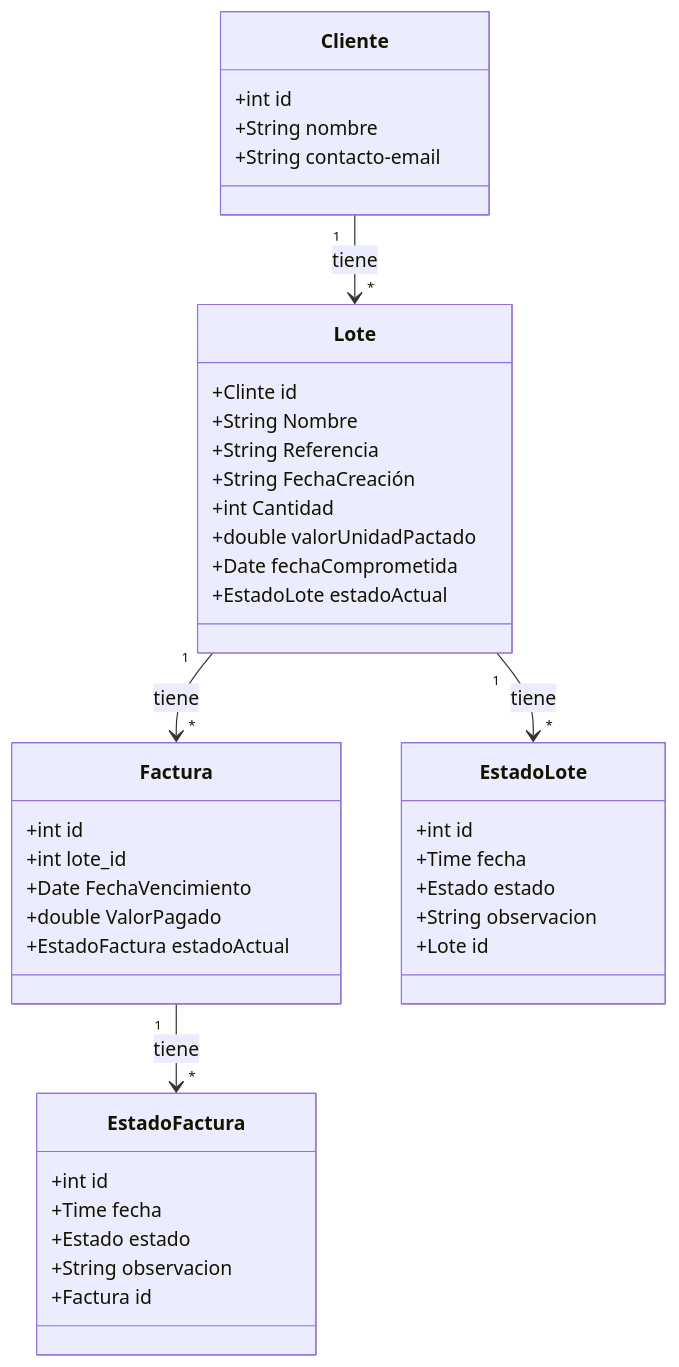
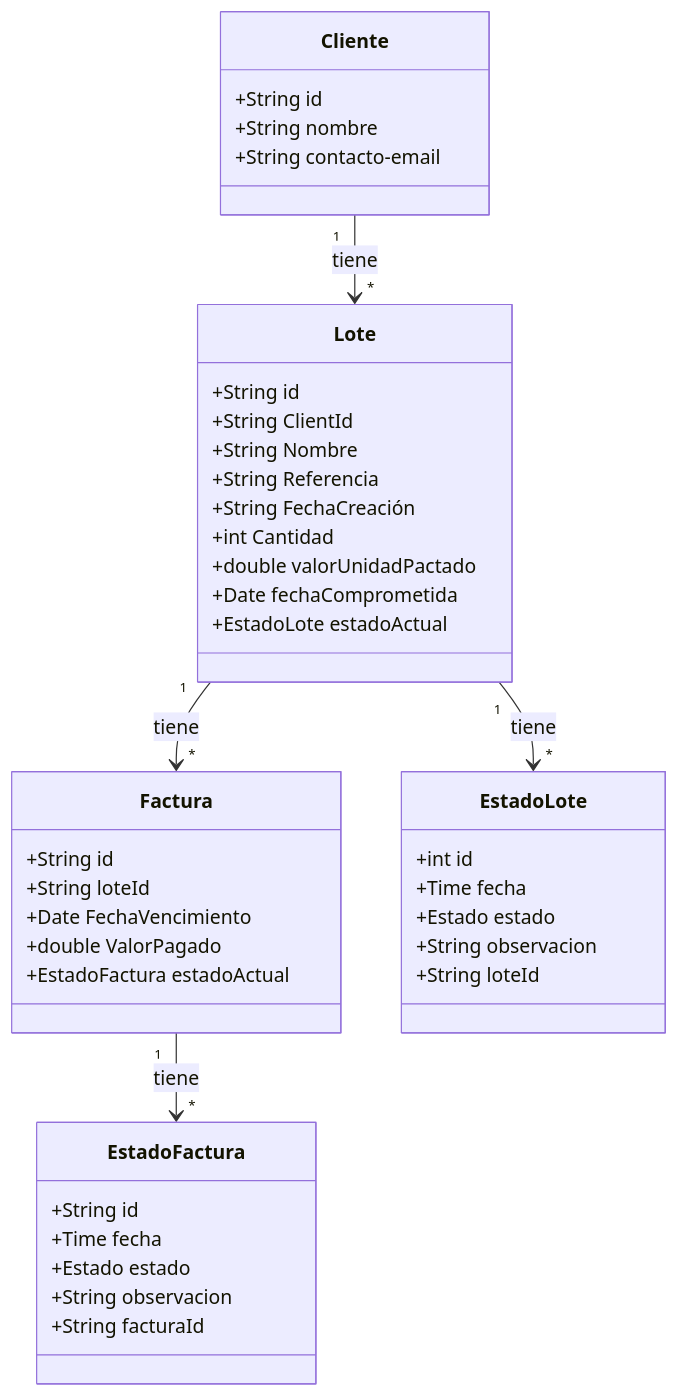
One commit to andevs-io/arnold changed the diagram in README.md. Above: the diagram before and after it, drawn with Mermaid.

Commit message:
init: update database ids

````diff
--- a/README.md
+++ b/README.md
@@ -4,50 +4,51 @@
 ```mermaid
 classDiagram
     class Cliente {
-        +int id
+        +String id
         +String nombre
         +String contacto-email
     }
 
     class Lote {
-        +Clinte id
+        +String id
+        +String ClientId
         +String Nombre
         +String Referencia
         +String FechaCreación
         +int Cantidad
         +double valorUnidadPactado
         +Date fechaComprometida
         +EstadoLote estadoActual
     }
 
     class Factura {
-        +int id
-        +int lote_id
+        +String id
+        +String loteId
         +Date FechaVencimiento
         +double ValorPagado
         +EstadoFactura estadoActual
     }
 
     class EstadoFactura {
-        +int id
+        +String id
         +Time fecha
         +Estado estado
         +String observacion
-        +Factura id
+        +String facturaId
     }
 
         class EstadoLote {
         +int id
         +Time fecha
         +Estado estado
         +String observacion
-        +Lote id
+        +String loteId
     }
 
     
 
     Cliente "1" --> "*" Lote: tiene
     Lote "1" --> "*"Factura : tiene
     Lote "1" --> "*"EstadoLote : tiene
     Factura "1" --> "*"EstadoFactura : tiene
 ```
````
